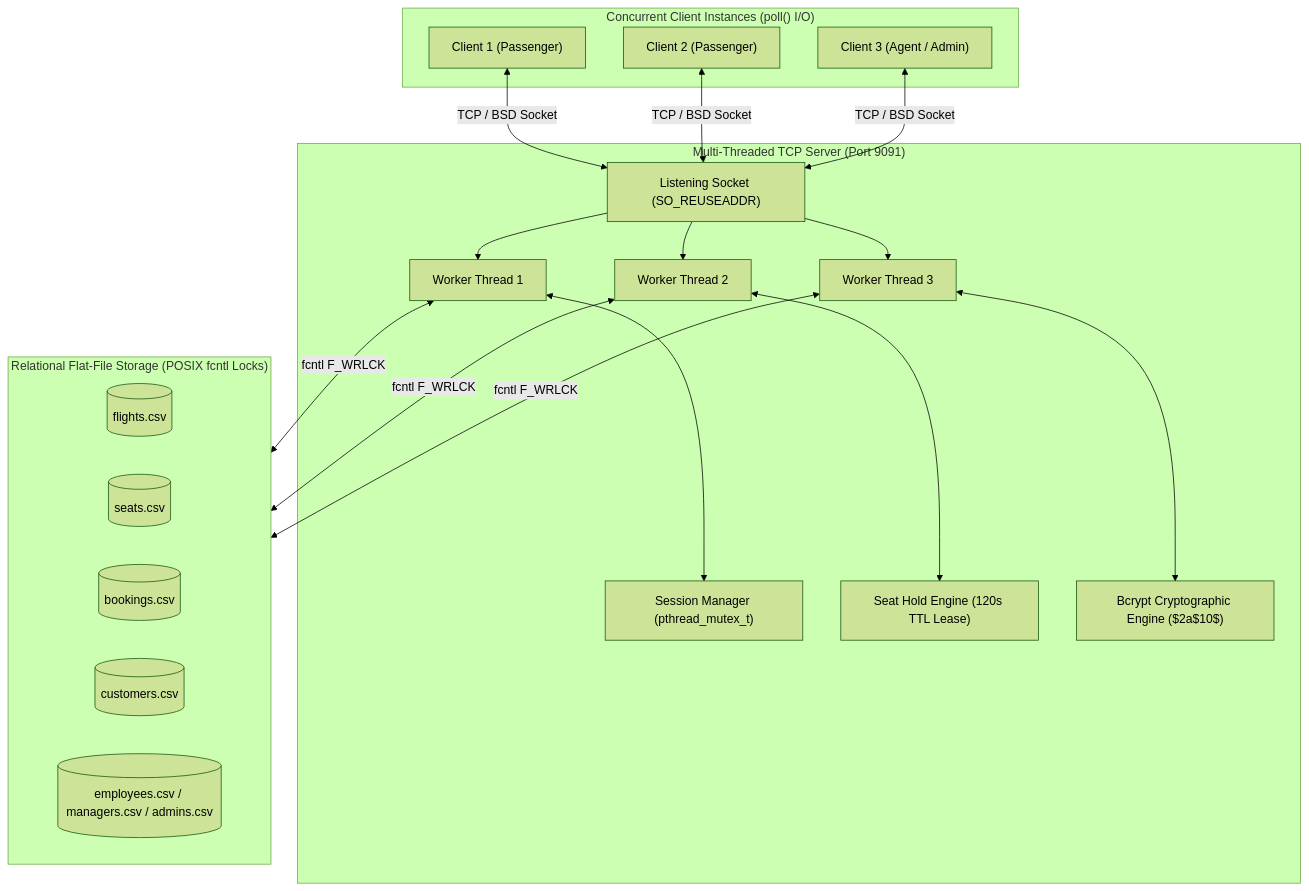
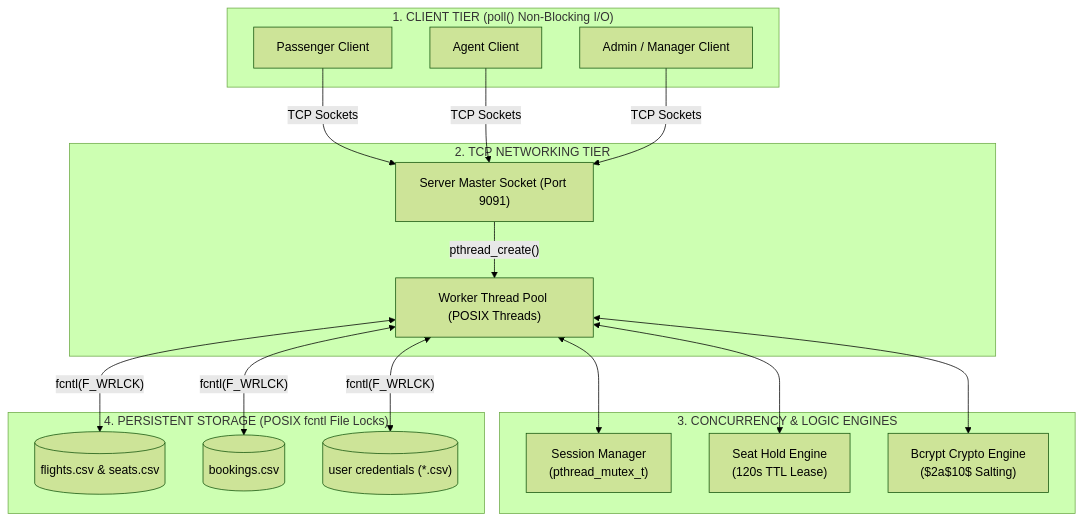
The first of 2 diagrams in README.md (Abhi-3009/flight-booking-system), drawn with Mermaid (forest theme) before and after one commit. The commit also changed other lines of this file, not shown here.

Commit message:
docs: update README file

````diff
--- a/README.md
+++ b/README.md
@@ -31,43 +30,32 @@
 ```mermaid
-flowchart TD
-    subgraph Clients["Concurrent Client Instances (poll() I/O)"]
-        C1["Client 1 (Passenger)"]
-        C2["Client 2 (Passenger)"]
-        C3["Client 3 (Agent / Admin)"]
+graph TD
+    subgraph TIER1["1. CLIENT TIER (poll() Non-Blocking I/O)"]
+        C1["Passenger Client"]
+        C2["Agent Client"]
+        C3["Admin / Manager Client"]
     end
 
-    subgraph Server["Multi-Threaded TCP Server (Port 9091)"]
-        S_SOCK["Listening Socket (SO_REUSEADDR)"]
-        T1["Worker Thread 1"]
-        T2["Worker Thread 2"]
-        T3["Worker Thread 3"]
-        
-        SM["Session Manager (pthread_mutex_t)"]
-        SL["Seat Hold Engine (120s TTL Lease)"]
-        BC["Bcrypt Cryptographic Engine ($2a$10$)"]
+    subgraph TIER2["2. TCP NETWORKING TIER"]
+        SOCK["Server Master Socket (Port 9091)"]
+        TP["Worker Thread Pool (POSIX Threads)"]
     end
 
-    subgraph Database["Relational Flat-File Storage (POSIX fcntl Locks)"]
-        F1[("flights.csv")]
-        F2[("seats.csv")]
-        F3[("bookings.csv")]
-        F4[("customers.csv")]
-        F5[("employees.csv / managers.csv / admins.csv")]
+    subgraph TIER3["3. CONCURRENCY & LOGIC ENGINES"]
+        SM["Session Manager<br/>(pthread_mutex_t)"]
+        SL["Seat Hold Engine<br/>(120s TTL Lease)"]
+        BC["Bcrypt Crypto Engine<br/>($2a$10$ Salting)"]
     end
 
-    C1 <-->|TCP / BSD Socket| S_SOCK
-    C2 <-->|TCP / BSD Socket| S_SOCK
-    C3 <-->|TCP / BSD Socket| S_SOCK
+    subgraph TIER4["4. PERSISTENT STORAGE (POSIX fcntl File Locks)"]
+        D1[("flights.csv & seats.csv")]
+        D2[("bookings.csv")]
+        D3[("user credentials (*.csv)")]
+    end
 
-    S_SOCK --> T1
-    S_SOCK --> T2
-    S_SOCK --> T3
-
-    T1 <--> SM
-    T2 <--> SL
-    T3 <--> BC
-
-    T1 <-->|fcntl F_WRLCK| Database
-    T2 <-->|fcntl F_WRLCK| Database
-    T3 <-->|fcntl F_WRLCK| Database
+    C1 & C2 & C3 -->|"TCP Sockets"| SOCK
+    SOCK -->|"pthread_create()"| TP
+    TP <--> SM
+    TP <--> SL
+    TP <--> BC
+    TP <-->|"fcntl(F_WRLCK)"| D1 & D2 & D3
 ```
````
